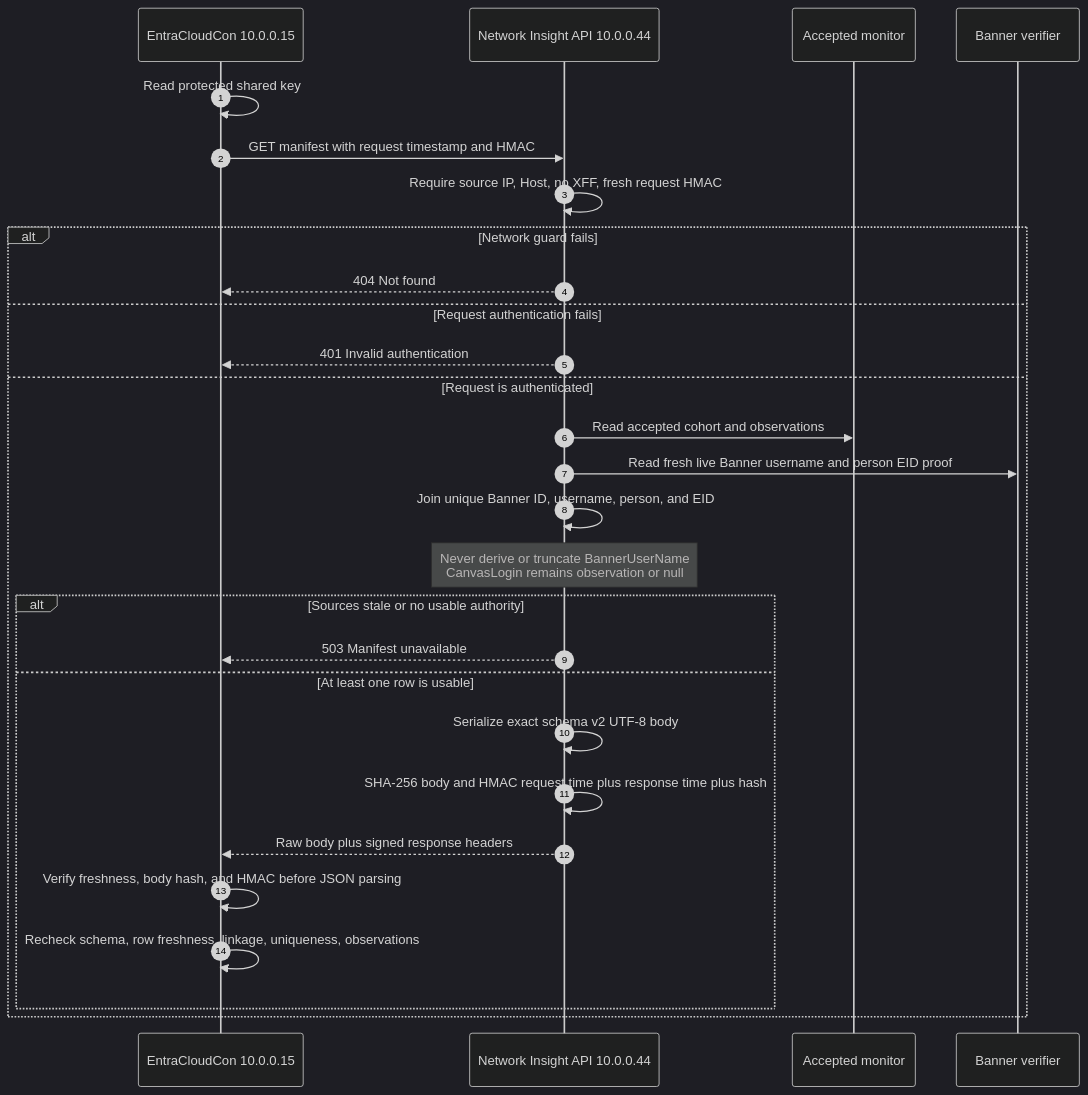
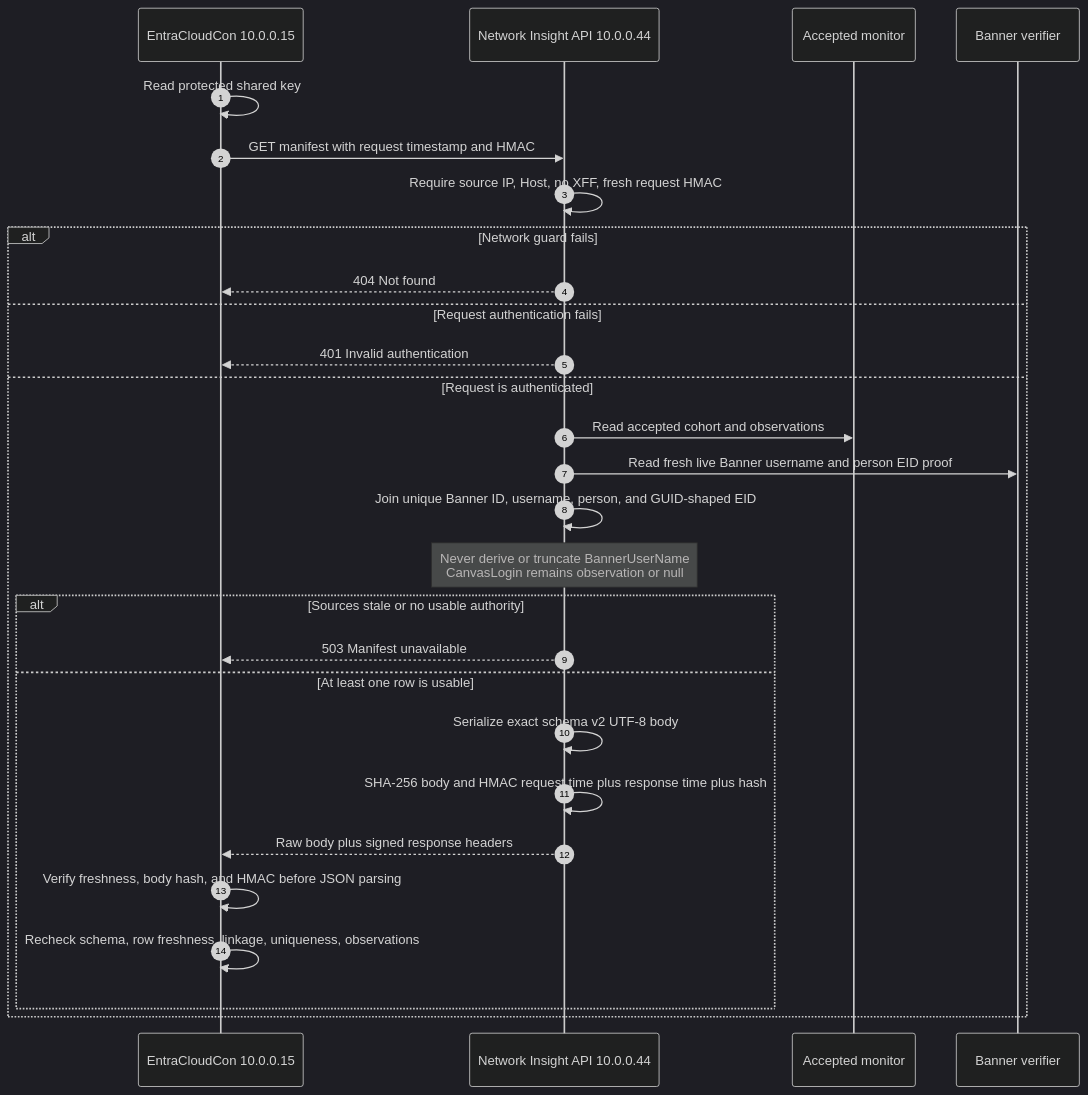
Before and after one commit to OlderschCoder/Network-Insight-Hub: the diagram in docs/eup-accepted-manifest-flow.mmd, drawn with Mermaid (dark theme). The commit also changed 3 other files, not shown here.

```diff
--- a/docs/eup-accepted-manifest-flow.mmd
+++ b/docs/eup-accepted-manifest-flow.mmd
@@ -1,29 +1,29 @@
 sequenceDiagram
     autonumber
     participant W as EntraCloudCon 10.0.0.15
     participant A as Network Insight API 10.0.0.44
     participant M as Accepted monitor
     participant B as Banner verifier
 
     W->>W: Read protected shared key
     W->>A: GET manifest with request timestamp and HMAC
     A->>A: Require source IP, Host, no XFF, fresh request HMAC
     alt Network guard fails
         A-->>W: 404 Not found
     else Request authentication fails
         A-->>W: 401 Invalid authentication
     else Request is authenticated
         A->>M: Read accepted cohort and observations
         A->>B: Read fresh live Banner username and person EID proof
-        A->>A: Join unique Banner ID, username, person, and EID
+        A->>A: Join unique Banner ID, username, person, and GUID-shaped EID
         Note over A: Never derive or truncate BannerUserName<br/>CanvasLogin remains observation or null
         alt Sources stale or no usable authority
             A-->>W: 503 Manifest unavailable
         else At least one row is usable
             A->>A: Serialize exact schema v2 UTF-8 body
             A->>A: SHA-256 body and HMAC request time plus response time plus hash
             A-->>W: Raw body plus signed response headers
             W->>W: Verify freshness, body hash, and HMAC before JSON parsing
             W->>W: Recheck schema, row freshness, linkage, uniqueness, observations
         end
     end
```
